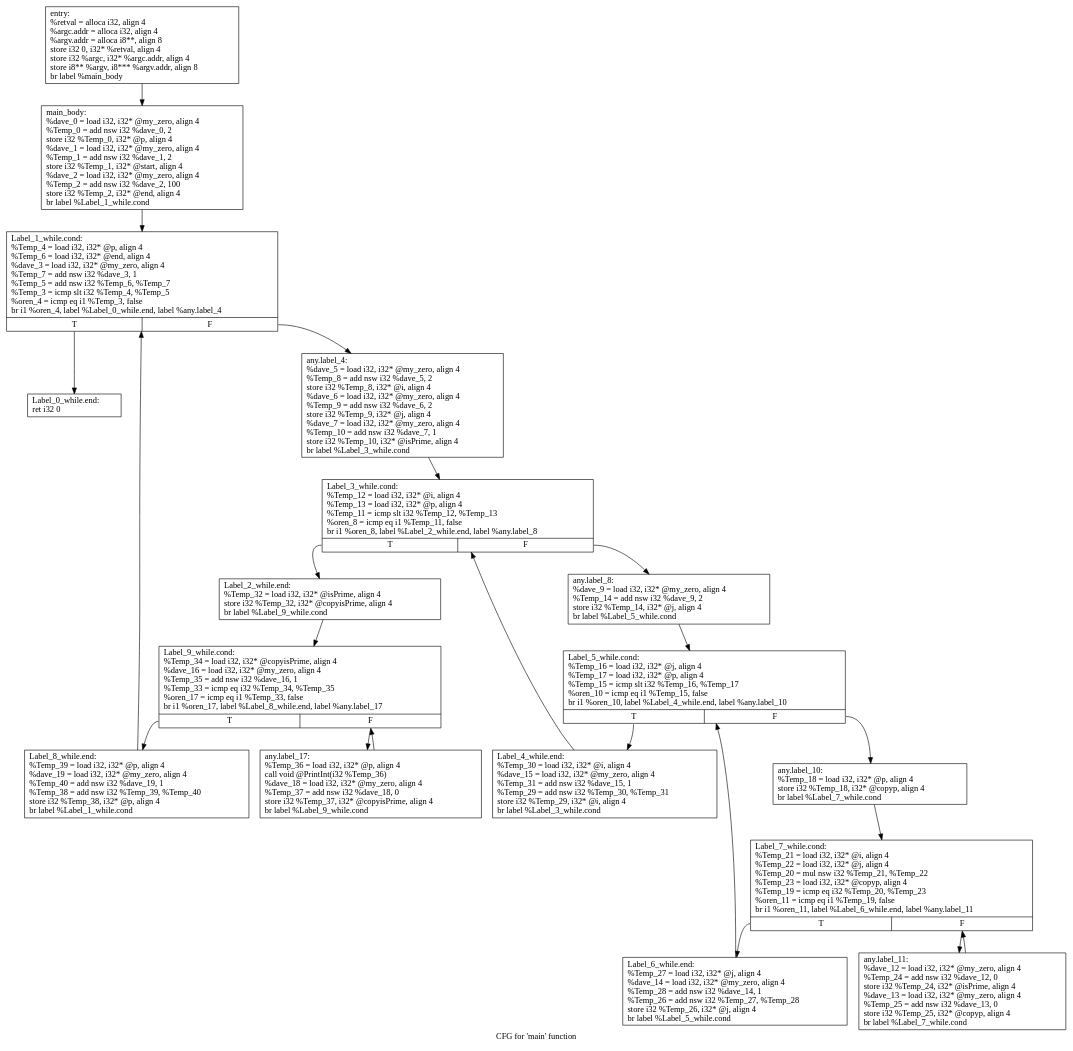
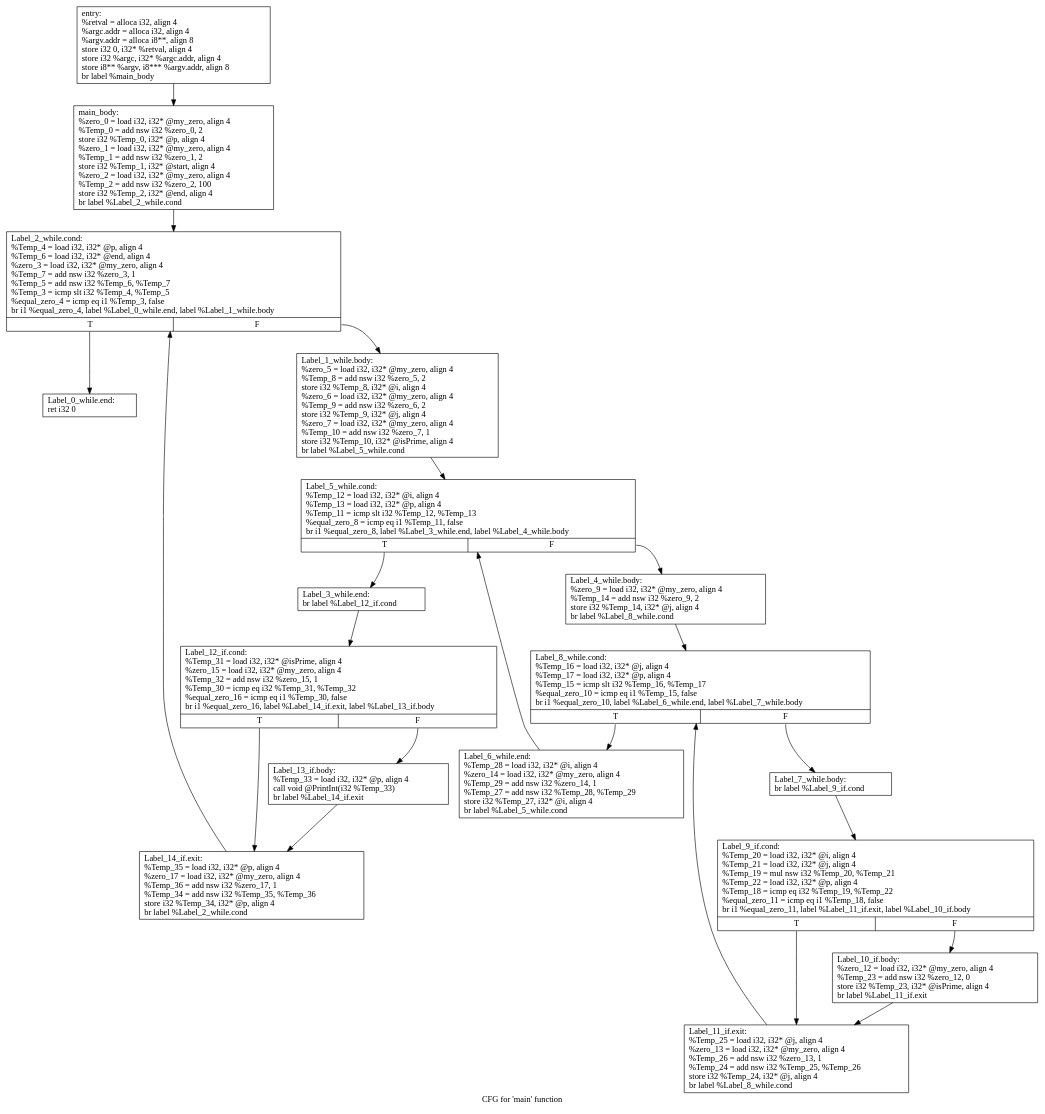
Before and after one commit to danibachar/COMPILATION: the diagram in EX4/cfg.main.dot, drawn with Graphviz. The commit also changed 159 other files, not shown here.

```diff
--- a/EX4/cfg.main.dot
+++ b/EX4/cfg.main.dot
@@ -1,42 +1,42 @@
 digraph "CFG for 'main' function" {
 	label="CFG for 'main' function";
 
-	Node0x7fee14d07e90 [shape=record,label="{entry:\l  %retval = alloca i32, align 4\l  %argc.addr = alloca i32, align 4\l  %argv.addr = alloca i8**, align 8\l  store i32 0, i32* %retval, align 4\l  store i32 %argc, i32* %argc.addr, align 4\l  store i8** %argv, i8*** %argv.addr, align 8\l  br label %main_body\l}"];
-	Node0x7fee14d07e90 -> Node0x7fee14d09350;
-	Node0x7fee14d09350 [shape=record,label="{main_body:                                        \l  %dave_0 = load i32, i32* @my_zero, align 4\l  %Temp_0 = add nsw i32 %dave_0, 2\l  store i32 %Temp_0, i32* @p, align 4\l  %dave_1 = load i32, i32* @my_zero, align 4\l  %Temp_1 = add nsw i32 %dave_1, 2\l  store i32 %Temp_1, i32* @start, align 4\l  %dave_2 = load i32, i32* @my_zero, align 4\l  %Temp_2 = add nsw i32 %dave_2, 100\l  store i32 %Temp_2, i32* @end, align 4\l  br label %Label_1_while.cond\l}"];
-	Node0x7fee14d09350 -> Node0x7fee14d09390;
-	Node0x7fee14d09390 [shape=record,label="{Label_1_while.cond:                               \l  %Temp_4 = load i32, i32* @p, align 4\l  %Temp_6 = load i32, i32* @end, align 4\l  %dave_3 = load i32, i32* @my_zero, align 4\l  %Temp_7 = add nsw i32 %dave_3, 1\l  %Temp_5 = add nsw i32 %Temp_6, %Temp_7\l  %Temp_3 = icmp slt i32 %Temp_4, %Temp_5\l  %oren_4 = icmp eq i1 %Temp_3, false\l  br i1 %oren_4, label %Label_0_while.end, label %any.label_4\l|{<s0>T|<s1>F}}"];
-	Node0x7fee14d09390:s0 -> Node0x7fee14d09710;
-	Node0x7fee14d09390:s1 -> Node0x7fee14d093d0;
-	Node0x7fee14d093d0 [shape=record,label="{any.label_4:                                      \l  %dave_5 = load i32, i32* @my_zero, align 4\l  %Temp_8 = add nsw i32 %dave_5, 2\l  store i32 %Temp_8, i32* @i, align 4\l  %dave_6 = load i32, i32* @my_zero, align 4\l  %Temp_9 = add nsw i32 %dave_6, 2\l  store i32 %Temp_9, i32* @j, align 4\l  %dave_7 = load i32, i32* @my_zero, align 4\l  %Temp_10 = add nsw i32 %dave_7, 1\l  store i32 %Temp_10, i32* @isPrime, align 4\l  br label %Label_3_while.cond\l}"];
-	Node0x7fee14d093d0 -> Node0x7fee14d09410;
-	Node0x7fee14d09410 [shape=record,label="{Label_3_while.cond:                               \l  %Temp_12 = load i32, i32* @i, align 4\l  %Temp_13 = load i32, i32* @p, align 4\l  %Temp_11 = icmp slt i32 %Temp_12, %Temp_13\l  %oren_8 = icmp eq i1 %Temp_11, false\l  br i1 %oren_8, label %Label_2_while.end, label %any.label_8\l|{<s0>T|<s1>F}}"];
-	Node0x7fee14d09410:s0 -> Node0x7fee14d09610;
-	Node0x7fee14d09410:s1 -> Node0x7fee14d09450;
-	Node0x7fee14d09450 [shape=record,label="{any.label_8:                                      \l  %dave_9 = load i32, i32* @my_zero, align 4\l  %Temp_14 = add nsw i32 %dave_9, 2\l  store i32 %Temp_14, i32* @j, align 4\l  br label %Label_5_while.cond\l}"];
-	Node0x7fee14d09450 -> Node0x7fee14d09490;
-	Node0x7fee14d09490 [shape=record,label="{Label_5_while.cond:                               \l  %Temp_16 = load i32, i32* @j, align 4\l  %Temp_17 = load i32, i32* @p, align 4\l  %Temp_15 = icmp slt i32 %Temp_16, %Temp_17\l  %oren_10 = icmp eq i1 %Temp_15, false\l  br i1 %oren_10, label %Label_4_while.end, label %any.label_10\l|{<s0>T|<s1>F}}"];
-	Node0x7fee14d09490:s0 -> Node0x7fee14d095d0;
-	Node0x7fee14d09490:s1 -> Node0x7fee14d094d0;
-	Node0x7fee14d094d0 [shape=record,label="{any.label_10:                                     \l  %Temp_18 = load i32, i32* @p, align 4\l  store i32 %Temp_18, i32* @copyp, align 4\l  br label %Label_7_while.cond\l}"];
-	Node0x7fee14d094d0 -> Node0x7fee14d09510;
-	Node0x7fee14d09510 [shape=record,label="{Label_7_while.cond:                               \l  %Temp_21 = load i32, i32* @i, align 4\l  %Temp_22 = load i32, i32* @j, align 4\l  %Temp_20 = mul nsw i32 %Temp_21, %Temp_22\l  %Temp_23 = load i32, i32* @copyp, align 4\l  %Temp_19 = icmp eq i32 %Temp_20, %Temp_23\l  %oren_11 = icmp eq i1 %Temp_19, false\l  br i1 %oren_11, label %Label_6_while.end, label %any.label_11\l|{<s0>T|<s1>F}}"];
-	Node0x7fee14d09510:s0 -> Node0x7fee14d09590;
-	Node0x7fee14d09510:s1 -> Node0x7fee14d09550;
-	Node0x7fee14d09550 [shape=record,label="{any.label_11:                                     \l  %dave_12 = load i32, i32* @my_zero, align 4\l  %Temp_24 = add nsw i32 %dave_12, 0\l  store i32 %Temp_24, i32* @isPrime, align 4\l  %dave_13 = load i32, i32* @my_zero, align 4\l  %Temp_25 = add nsw i32 %dave_13, 0\l  store i32 %Temp_25, i32* @copyp, align 4\l  br label %Label_7_while.cond\l}"];
-	Node0x7fee14d09550 -> Node0x7fee14d09510;
-	Node0x7fee14d09590 [shape=record,label="{Label_6_while.end:                                \l  %Temp_27 = load i32, i32* @j, align 4\l  %dave_14 = load i32, i32* @my_zero, align 4\l  %Temp_28 = add nsw i32 %dave_14, 1\l  %Temp_26 = add nsw i32 %Temp_27, %Temp_28\l  store i32 %Temp_26, i32* @j, align 4\l  br label %Label_5_while.cond\l}"];
-	Node0x7fee14d09590 -> Node0x7fee14d09490;
-	Node0x7fee14d095d0 [shape=record,label="{Label_4_while.end:                                \l  %Temp_30 = load i32, i32* @i, align 4\l  %dave_15 = load i32, i32* @my_zero, align 4\l  %Temp_31 = add nsw i32 %dave_15, 1\l  %Temp_29 = add nsw i32 %Temp_30, %Temp_31\l  store i32 %Temp_29, i32* @i, align 4\l  br label %Label_3_while.cond\l}"];
-	Node0x7fee14d095d0 -> Node0x7fee14d09410;
-	Node0x7fee14d09610 [shape=record,label="{Label_2_while.end:                                \l  %Temp_32 = load i32, i32* @isPrime, align 4\l  store i32 %Temp_32, i32* @copyisPrime, align 4\l  br label %Label_9_while.cond\l}"];
-	Node0x7fee14d09610 -> Node0x7fee14d09650;
-	Node0x7fee14d09650 [shape=record,label="{Label_9_while.cond:                               \l  %Temp_34 = load i32, i32* @copyisPrime, align 4\l  %dave_16 = load i32, i32* @my_zero, align 4\l  %Temp_35 = add nsw i32 %dave_16, 1\l  %Temp_33 = icmp eq i32 %Temp_34, %Temp_35\l  %oren_17 = icmp eq i1 %Temp_33, false\l  br i1 %oren_17, label %Label_8_while.end, label %any.label_17\l|{<s0>T|<s1>F}}"];
-	Node0x7fee14d09650:s0 -> Node0x7fee14d096d0;
-	Node0x7fee14d09650:s1 -> Node0x7fee14d09690;
-	Node0x7fee14d09690 [shape=record,label="{any.label_17:                                     \l  %Temp_36 = load i32, i32* @p, align 4\l  call void @PrintInt(i32 %Temp_36)\l  %dave_18 = load i32, i32* @my_zero, align 4\l  %Temp_37 = add nsw i32 %dave_18, 0\l  store i32 %Temp_37, i32* @copyisPrime, align 4\l  br label %Label_9_while.cond\l}"];
-	Node0x7fee14d09690 -> Node0x7fee14d09650;
-	Node0x7fee14d096d0 [shape=record,label="{Label_8_while.end:                                \l  %Temp_39 = load i32, i32* @p, align 4\l  %dave_19 = load i32, i32* @my_zero, align 4\l  %Temp_40 = add nsw i32 %dave_19, 1\l  %Temp_38 = add nsw i32 %Temp_39, %Temp_40\l  store i32 %Temp_38, i32* @p, align 4\l  br label %Label_1_while.cond\l}"];
-	Node0x7fee14d096d0 -> Node0x7fee14d09390;
-	Node0x7fee14d09710 [shape=record,label="{Label_0_while.end:                                \l  ret i32 0\l}"];
+	Node0x7ffdab50bb60 [shape=record,label="{entry:\l  %retval = alloca i32, align 4\l  %argc.addr = alloca i32, align 4\l  %argv.addr = alloca i8**, align 8\l  store i32 0, i32* %retval, align 4\l  store i32 %argc, i32* %argc.addr, align 4\l  store i8** %argv, i8*** %argv.addr, align 8\l  br label %main_body\l}"];
+	Node0x7ffdab50bb60 -> Node0x7ffdab50bec0;
+	Node0x7ffdab50bec0 [shape=record,label="{main_body:                                        \l  %zero_0 = load i32, i32* @my_zero, align 4\l  %Temp_0 = add nsw i32 %zero_0, 2\l  store i32 %Temp_0, i32* @p, align 4\l  %zero_1 = load i32, i32* @my_zero, align 4\l  %Temp_1 = add nsw i32 %zero_1, 2\l  store i32 %Temp_1, i32* @start, align 4\l  %zero_2 = load i32, i32* @my_zero, align 4\l  %Temp_2 = add nsw i32 %zero_2, 100\l  store i32 %Temp_2, i32* @end, align 4\l  br label %Label_2_while.cond\l}"];
+	Node0x7ffdab50bec0 -> Node0x7ffdab50bf00;
+	Node0x7ffdab50bf00 [shape=record,label="{Label_2_while.cond:                               \l  %Temp_4 = load i32, i32* @p, align 4\l  %Temp_6 = load i32, i32* @end, align 4\l  %zero_3 = load i32, i32* @my_zero, align 4\l  %Temp_7 = add nsw i32 %zero_3, 1\l  %Temp_5 = add nsw i32 %Temp_6, %Temp_7\l  %Temp_3 = icmp slt i32 %Temp_4, %Temp_5\l  %equal_zero_4 = icmp eq i1 %Temp_3, false\l  br i1 %equal_zero_4, label %Label_0_while.end, label %Label_1_while.body\l|{<s0>T|<s1>F}}"];
+	Node0x7ffdab50bf00:s0 -> Node0x7ffdab50c6b0;
+	Node0x7ffdab50bf00:s1 -> Node0x7ffdab50bf40;
+	Node0x7ffdab50bf40 [shape=record,label="{Label_1_while.body:                               \l  %zero_5 = load i32, i32* @my_zero, align 4\l  %Temp_8 = add nsw i32 %zero_5, 2\l  store i32 %Temp_8, i32* @i, align 4\l  %zero_6 = load i32, i32* @my_zero, align 4\l  %Temp_9 = add nsw i32 %zero_6, 2\l  store i32 %Temp_9, i32* @j, align 4\l  %zero_7 = load i32, i32* @my_zero, align 4\l  %Temp_10 = add nsw i32 %zero_7, 1\l  store i32 %Temp_10, i32* @isPrime, align 4\l  br label %Label_5_while.cond\l}"];
+	Node0x7ffdab50bf40 -> Node0x7ffdab50bf80;
+	Node0x7ffdab50bf80 [shape=record,label="{Label_5_while.cond:                               \l  %Temp_12 = load i32, i32* @i, align 4\l  %Temp_13 = load i32, i32* @p, align 4\l  %Temp_11 = icmp slt i32 %Temp_12, %Temp_13\l  %equal_zero_8 = icmp eq i1 %Temp_11, false\l  br i1 %equal_zero_8, label %Label_3_while.end, label %Label_4_while.body\l|{<s0>T|<s1>F}}"];
+	Node0x7ffdab50bf80:s0 -> Node0x7ffdab50c5b0;
+	Node0x7ffdab50bf80:s1 -> Node0x7ffdab50c3f0;
+	Node0x7ffdab50c3f0 [shape=record,label="{Label_4_while.body:                               \l  %zero_9 = load i32, i32* @my_zero, align 4\l  %Temp_14 = add nsw i32 %zero_9, 2\l  store i32 %Temp_14, i32* @j, align 4\l  br label %Label_8_while.cond\l}"];
+	Node0x7ffdab50c3f0 -> Node0x7ffdab50c430;
+	Node0x7ffdab50c430 [shape=record,label="{Label_8_while.cond:                               \l  %Temp_16 = load i32, i32* @j, align 4\l  %Temp_17 = load i32, i32* @p, align 4\l  %Temp_15 = icmp slt i32 %Temp_16, %Temp_17\l  %equal_zero_10 = icmp eq i1 %Temp_15, false\l  br i1 %equal_zero_10, label %Label_6_while.end, label %Label_7_while.body\l|{<s0>T|<s1>F}}"];
+	Node0x7ffdab50c430:s0 -> Node0x7ffdab50c570;
+	Node0x7ffdab50c430:s1 -> Node0x7ffdab50c470;
+	Node0x7ffdab50c470 [shape=record,label="{Label_7_while.body:                               \l  br label %Label_9_if.cond\l}"];
+	Node0x7ffdab50c470 -> Node0x7ffdab50c4b0;
+	Node0x7ffdab50c4b0 [shape=record,label="{Label_9_if.cond:                                  \l  %Temp_20 = load i32, i32* @i, align 4\l  %Temp_21 = load i32, i32* @j, align 4\l  %Temp_19 = mul nsw i32 %Temp_20, %Temp_21\l  %Temp_22 = load i32, i32* @p, align 4\l  %Temp_18 = icmp eq i32 %Temp_19, %Temp_22\l  %equal_zero_11 = icmp eq i1 %Temp_18, false\l  br i1 %equal_zero_11, label %Label_11_if.exit, label %Label_10_if.body\l|{<s0>T|<s1>F}}"];
+	Node0x7ffdab50c4b0:s0 -> Node0x7ffdab50c530;
+	Node0x7ffdab50c4b0:s1 -> Node0x7ffdab50c4f0;
+	Node0x7ffdab50c4f0 [shape=record,label="{Label_10_if.body:                                 \l  %zero_12 = load i32, i32* @my_zero, align 4\l  %Temp_23 = add nsw i32 %zero_12, 0\l  store i32 %Temp_23, i32* @isPrime, align 4\l  br label %Label_11_if.exit\l}"];
+	Node0x7ffdab50c4f0 -> Node0x7ffdab50c530;
+	Node0x7ffdab50c530 [shape=record,label="{Label_11_if.exit:                                 \l  %Temp_25 = load i32, i32* @j, align 4\l  %zero_13 = load i32, i32* @my_zero, align 4\l  %Temp_26 = add nsw i32 %zero_13, 1\l  %Temp_24 = add nsw i32 %Temp_25, %Temp_26\l  store i32 %Temp_24, i32* @j, align 4\l  br label %Label_8_while.cond\l}"];
+	Node0x7ffdab50c530 -> Node0x7ffdab50c430;
+	Node0x7ffdab50c570 [shape=record,label="{Label_6_while.end:                                \l  %Temp_28 = load i32, i32* @i, align 4\l  %zero_14 = load i32, i32* @my_zero, align 4\l  %Temp_29 = add nsw i32 %zero_14, 1\l  %Temp_27 = add nsw i32 %Temp_28, %Temp_29\l  store i32 %Temp_27, i32* @i, align 4\l  br label %Label_5_while.cond\l}"];
+	Node0x7ffdab50c570 -> Node0x7ffdab50bf80;
+	Node0x7ffdab50c5b0 [shape=record,label="{Label_3_while.end:                                \l  br label %Label_12_if.cond\l}"];
+	Node0x7ffdab50c5b0 -> Node0x7ffdab50c5f0;
+	Node0x7ffdab50c5f0 [shape=record,label="{Label_12_if.cond:                                 \l  %Temp_31 = load i32, i32* @isPrime, align 4\l  %zero_15 = load i32, i32* @my_zero, align 4\l  %Temp_32 = add nsw i32 %zero_15, 1\l  %Temp_30 = icmp eq i32 %Temp_31, %Temp_32\l  %equal_zero_16 = icmp eq i1 %Temp_30, false\l  br i1 %equal_zero_16, label %Label_14_if.exit, label %Label_13_if.body\l|{<s0>T|<s1>F}}"];
+	Node0x7ffdab50c5f0:s0 -> Node0x7ffdab50c670;
+	Node0x7ffdab50c5f0:s1 -> Node0x7ffdab50c630;
+	Node0x7ffdab50c630 [shape=record,label="{Label_13_if.body:                                 \l  %Temp_33 = load i32, i32* @p, align 4\l  call void @PrintInt(i32 %Temp_33)\l  br label %Label_14_if.exit\l}"];
+	Node0x7ffdab50c630 -> Node0x7ffdab50c670;
+	Node0x7ffdab50c670 [shape=record,label="{Label_14_if.exit:                                 \l  %Temp_35 = load i32, i32* @p, align 4\l  %zero_17 = load i32, i32* @my_zero, align 4\l  %Temp_36 = add nsw i32 %zero_17, 1\l  %Temp_34 = add nsw i32 %Temp_35, %Temp_36\l  store i32 %Temp_34, i32* @p, align 4\l  br label %Label_2_while.cond\l}"];
+	Node0x7ffdab50c670 -> Node0x7ffdab50bf00;
+	Node0x7ffdab50c6b0 [shape=record,label="{Label_0_while.end:                                \l  ret i32 0\l}"];
 }
```
